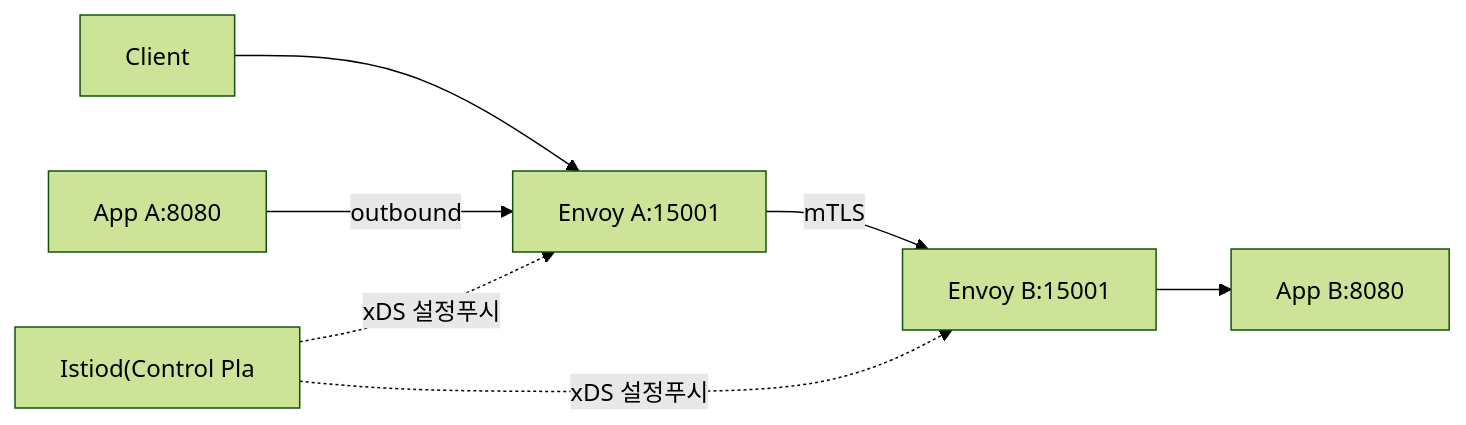
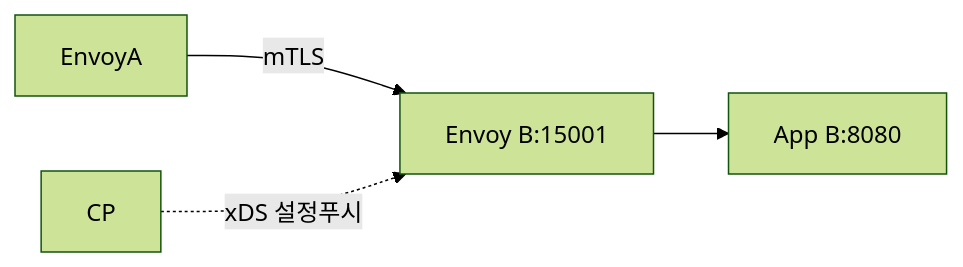
One commit to yjkim2015/yjkim2015.github.io changed the third of 8 diagrams in _posts/architecture/2026-05-02-sidecar-pattern.md. Above: the diagram before and after it, drawn with Mermaid (forest theme). The commit also changed other lines of this file and 149 other files, not shown here.

First line of the commit message:
Mermaid 가독성 개선: 라벨 축약, 노드 축소, TD→LR 변환

````diff
--- a/_posts/architecture/2026-05-02-sidecar-pattern.md
+++ b/_posts/architecture/2026-05-02-sidecar-pattern.md
@@ -96,9 +94,6 @@
 ```mermaid
 graph LR
-    Client --> EnvoyA["Envoy A:15001"]
     EnvoyA -- mTLS --> EnvoyB["Envoy B:15001"]
     EnvoyB --> AppB["App B:8080"]
-    AppA["App A:8080"] -- outbound --> EnvoyA
-    CP["Istiod(Control Pla"] -. xDS 설정푸시 .-> EnvoyA
     CP -. xDS 설정푸시 .-> EnvoyB
 ```
````
